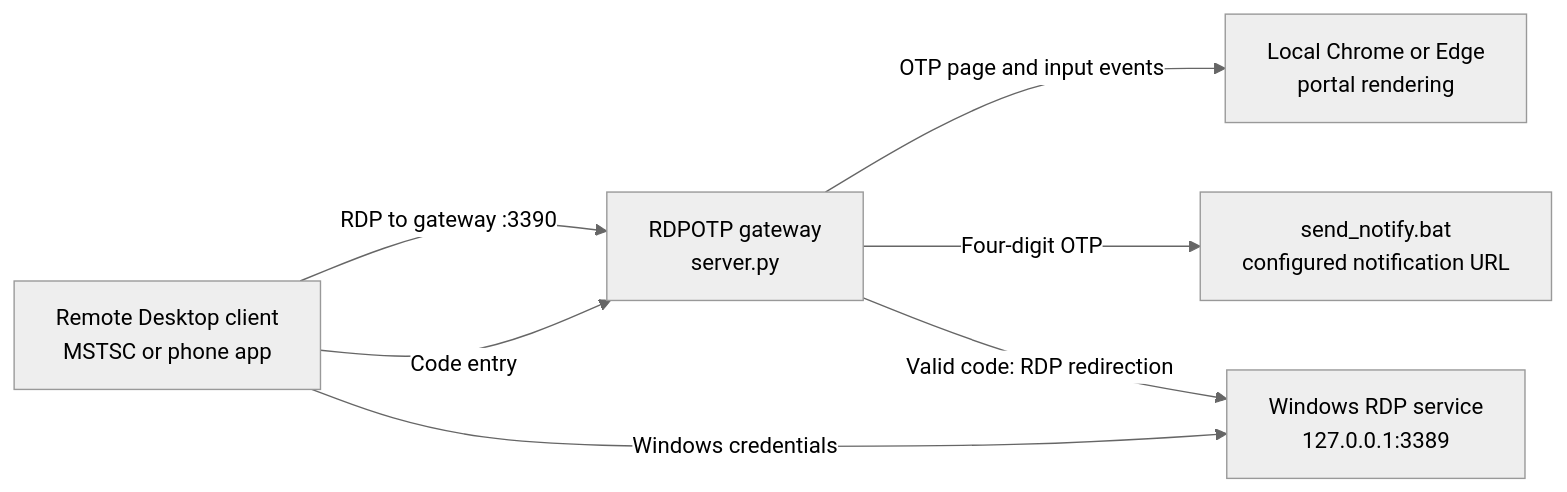
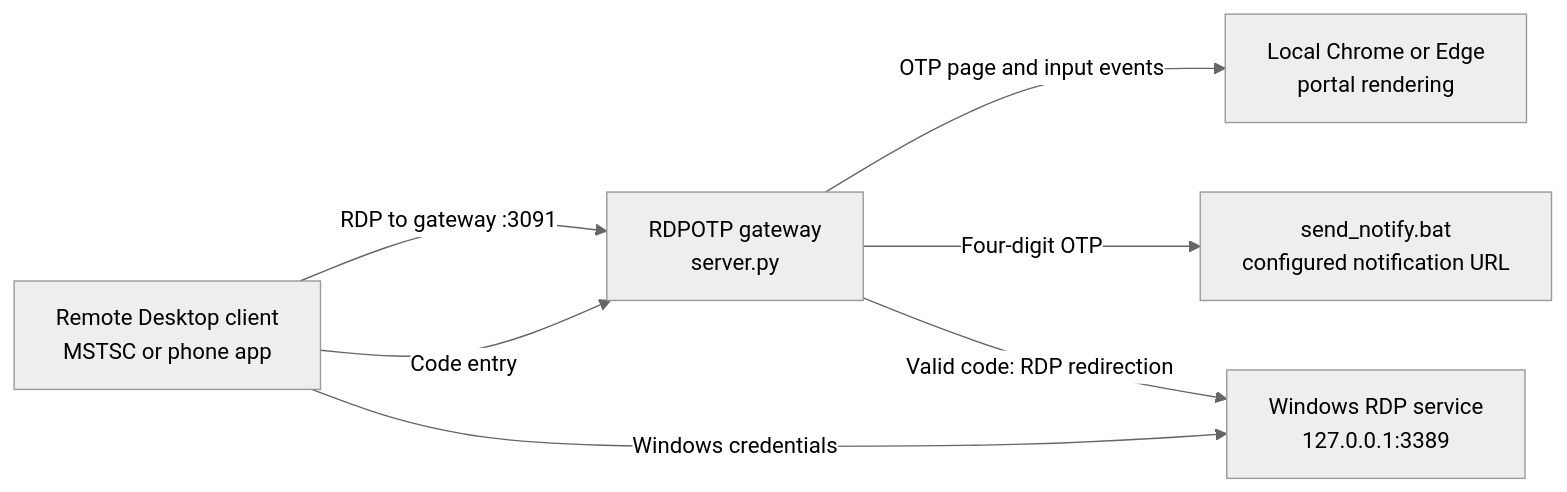
The diagram in README.md (Americium95/RDPOTP), drawn with Mermaid (neutral theme) before and after one commit. The commit also changed other lines of this file and 16 other files, not shown here.

````diff
--- a/README.md
+++ b/README.md
@@ -13,9 +13,9 @@
 ```mermaid
 flowchart LR
-    C[Remote Desktop client<br/>MSTSC or phone app] -->|RDP to gateway :3390| G[RDPOTP gateway<br/>server.py]
+    C[Remote Desktop client<br/>MSTSC or phone app] -->|RDP to gateway :3091| G[RDPOTP gateway<br/>server.py]
     G -->|OTP page and input events| B[Local Chrome or Edge<br/>portal rendering]
     G -->|Four-digit OTP| N[send_notify.bat<br/>configured notification URL]
     C -->|Code entry| G
     G -->|Valid code: RDP redirection| R[Windows RDP service<br/>127.0.0.1:3389]
     C -->|Windows credentials| R
 ```
````
